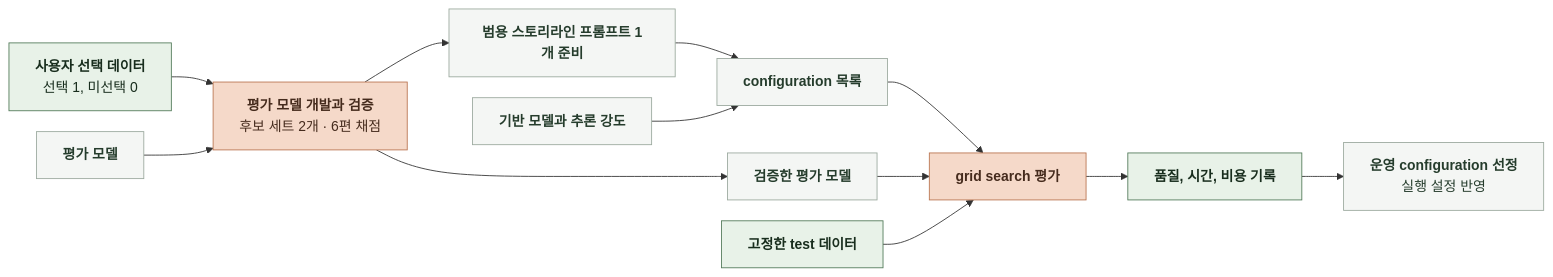
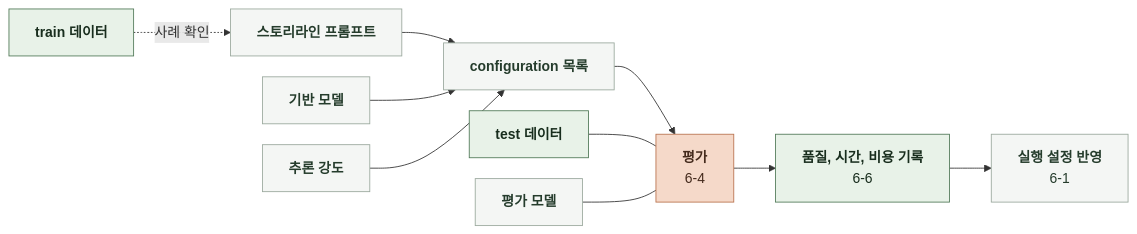
One commit to KIM-N-KANG/knk-harness changed the diagram in docs/domain/STORY/AI/6-3-AI-ALIGNMENT.md. Above: the diagram before and after it, drawn with Mermaid. The commit also changed other lines of this file and 4 other files, not shown here.

````diff
--- a/docs/domain/STORY/AI/6-3-AI-ALIGNMENT.md
+++ b/docs/domain/STORY/AI/6-3-AI-ALIGNMENT.md
@@ -11,21 +11,19 @@
 ```mermaid
 %%{init: {"flowchart": {"curve": "basis", "htmlLabels": true, "nodeSpacing": 24, "rankSpacing": 48}}}%%
 flowchart LR
-    D["<b>사용자 선택 데이터</b><br/>선택 1, 미선택 0"] --> J
-    F["<b>평가 모델</b>"] --> J
-    J["<b>평가 모델 개발과 검증</b><br/>후보 세트 2개 · 6편 채점"] --> V["<b>검증한 평가 모델</b>"]
-    J --> P["<b>범용 스토리라인 프롬프트 1개 준비</b>"]
-    P --> CF
-    M["<b>기반 모델과 추론 강도</b>"] --> CF
-    CF["<b>configuration 목록</b>"] --> EV["<b>grid search 평가</b>"]
-    V --> EV
-    TE["<b>고정한 test 데이터</b>"] --> EV
-    EV --> R["<b>품질, 시간, 비용 기록</b>"]
-    R --> A["<b>운영 configuration 선정</b><br/>실행 설정 반영"]
+    TR["<b>train 데이터</b>"] -.->|"사례 확인"| P
+    P["<b>스토리라인 프롬프트</b>"] --> CF
+    M["<b>기반 모델</b>"] --> CF
+    E["<b>추론 강도</b>"] --> CF
+    CF["<b>configuration 목록</b>"] --> EV["<b>평가</b><br/>6-4"]
+    TE["<b>test 데이터</b>"] --- EV
+    J["<b>평가 모델</b>"] --- EV
+    EV --> R["<b>품질, 시간, 비용 기록</b><br/>6-6"]
+    R --> A["<b>실행 설정 반영</b><br/>6-1"]
     classDef data fill:#E8F2E8,stroke:#527A59,color:#182D1D
     classDef task fill:#F5D9C9,stroke:#B97450,color:#452B1D
     classDef code fill:#F4F6F4,stroke:#9BA99E,color:#253C2C
-    class D,TE,R data
-    class J,EV task
-    class F,V,P,M,CF,A code
+    class TR,TE,R data
+    class EV task
+    class P,M,E,CF,J,A code
 ```
````
